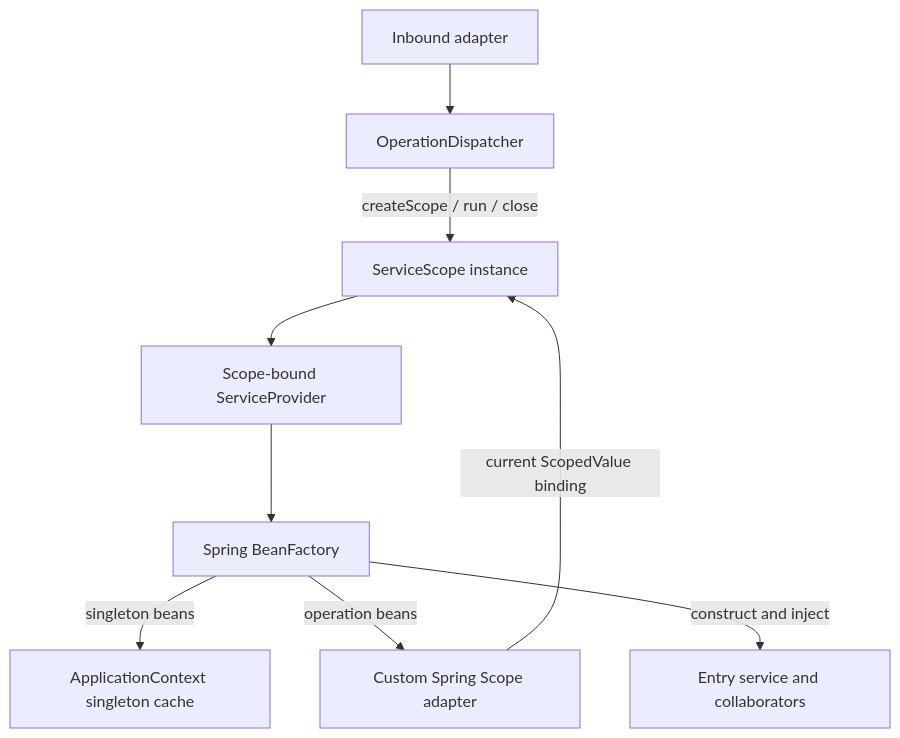
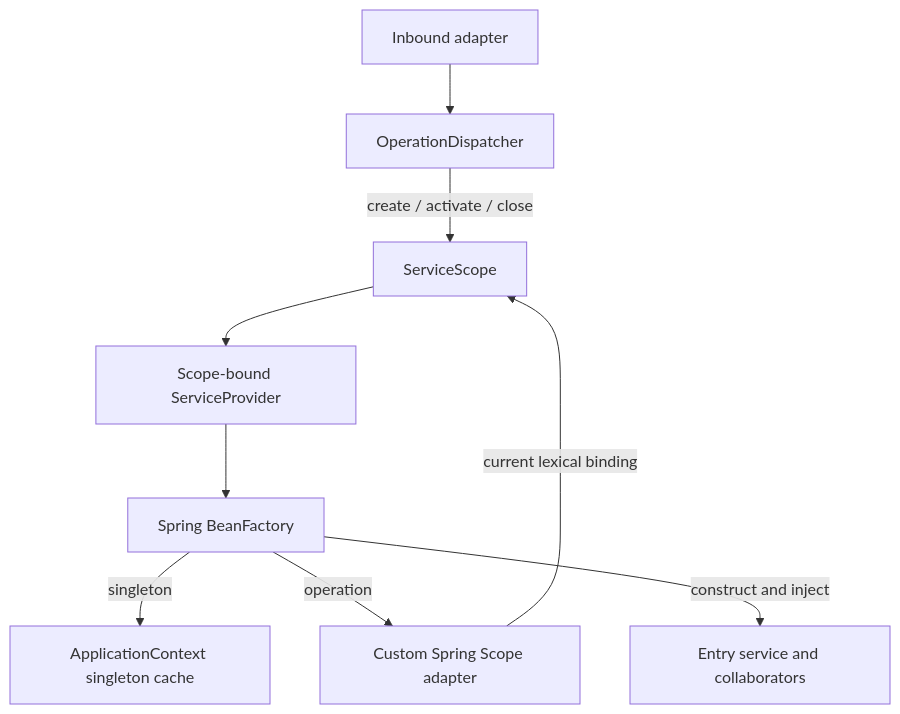
The diagram in docs/architecture/dependency-injection.md (frederik-hoeft/min-favs-sharewise), drawn with Mermaid before and after one commit. The commit also changed other lines of this file, not shown here.

````diff
--- a/docs/architecture/dependency-injection.md
+++ b/docs/architecture/dependency-injection.md
@@ -24,11 +30,11 @@
 ```mermaid
 flowchart TB
     ingress["Inbound adapter"] --> dispatcher["OperationDispatcher"]
-    dispatcher -->|"createScope / run / close"| scope["ServiceScope instance"]
+    dispatcher -->|"create / activate / close"| scope["ServiceScope"]
     scope --> provider["Scope-bound ServiceProvider"]
-    provider --> factory["Spring BeanFactory"]
-    factory -->|singleton beans| singletons["ApplicationContext singleton cache"]
-    factory -->|operation beans| adapter["Custom Spring Scope adapter"]
-    adapter -->|"current ScopedValue binding"| scope
-    factory -->|"construct and inject"| service["Entry service and collaborators"]
+    provider --> beanFactory["Spring BeanFactory"]
+    beanFactory -->|singleton| singletonCache["ApplicationContext singleton cache"]
+    beanFactory -->|operation| scopeAdapter["Custom Spring Scope adapter"]
+    scopeAdapter -->|"current lexical binding"| scope
+    beanFactory -->|"construct and inject"| service["Entry service and collaborators"]
 ```
````
